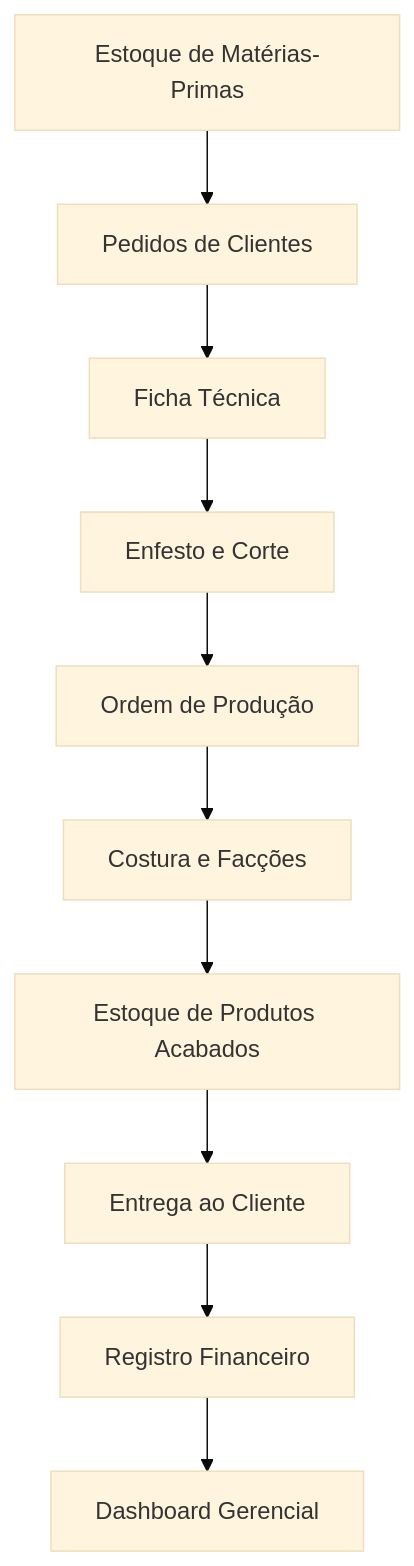
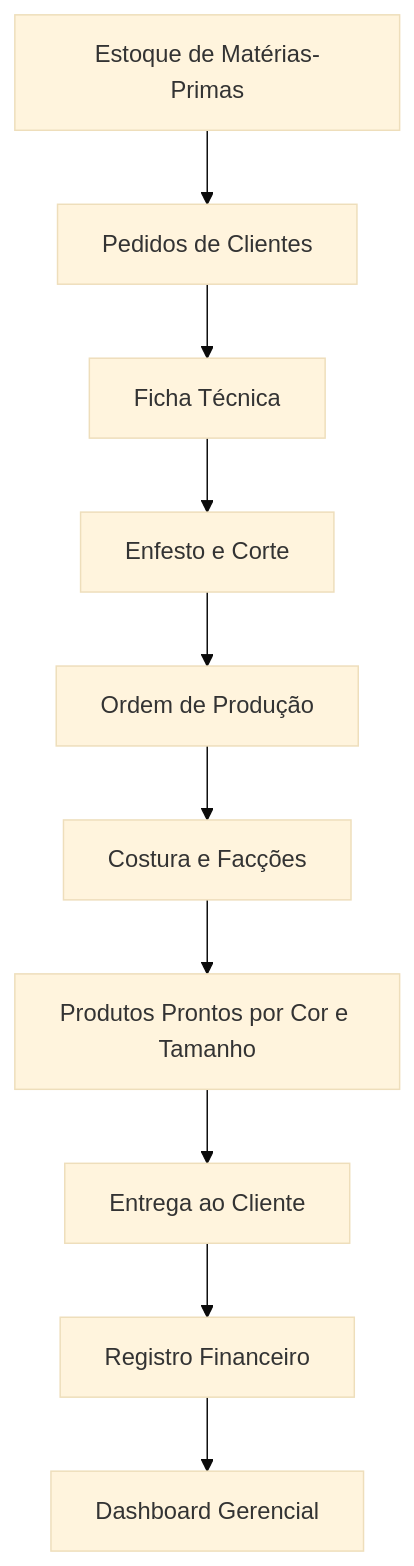
One commit to avelinofaco/Confeccao_alfa changed the second of 2 diagrams in README.md. Above: the diagram before and after it, drawn with Mermaid (base theme). The commit also changed other lines of this file and 1 other file, not shown here.

````diff
--- a/README.md
+++ b/README.md
@@ -80,12 +80,12 @@
 ```mermaid
 flowchart TD
     A[Estoque de Matérias-Primas] --> B[Pedidos de Clientes]
     B --> C[Ficha Técnica]
     C --> D[Enfesto e Corte]
     D --> E[Ordem de Produção]
     E --> F[Costura e Facções]
-    F --> G[Estoque de Produtos Acabados]
+    F --> G[Produtos Prontos por Cor e Tamanho]
     G --> H[Entrega ao Cliente]
     H --> I[Registro Financeiro]
     I --> J[Dashboard Gerencial]
 ```
````
